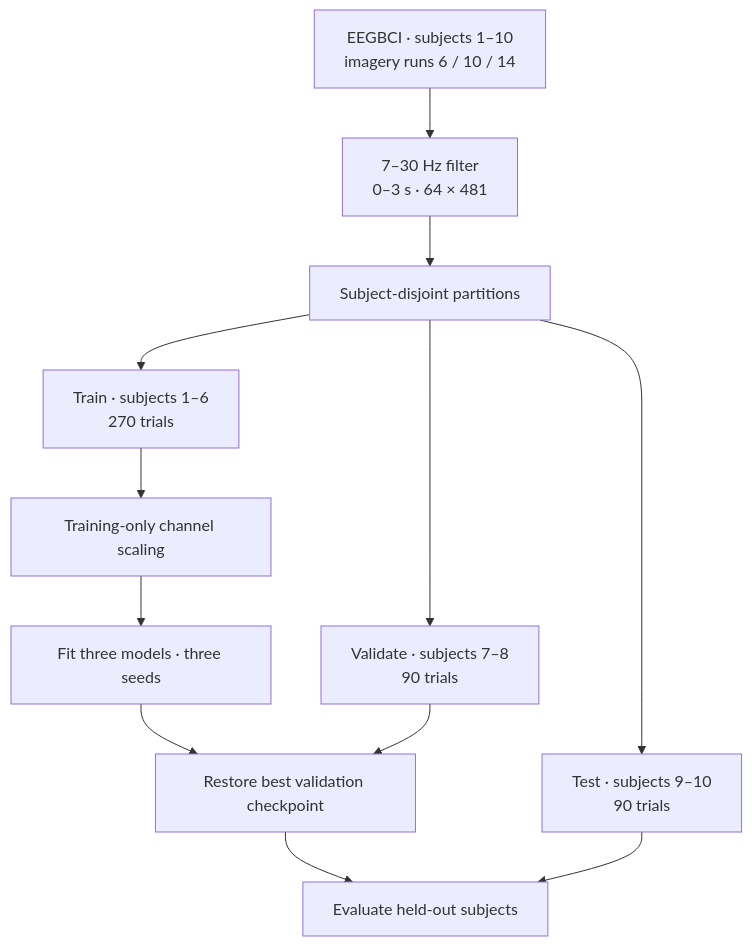
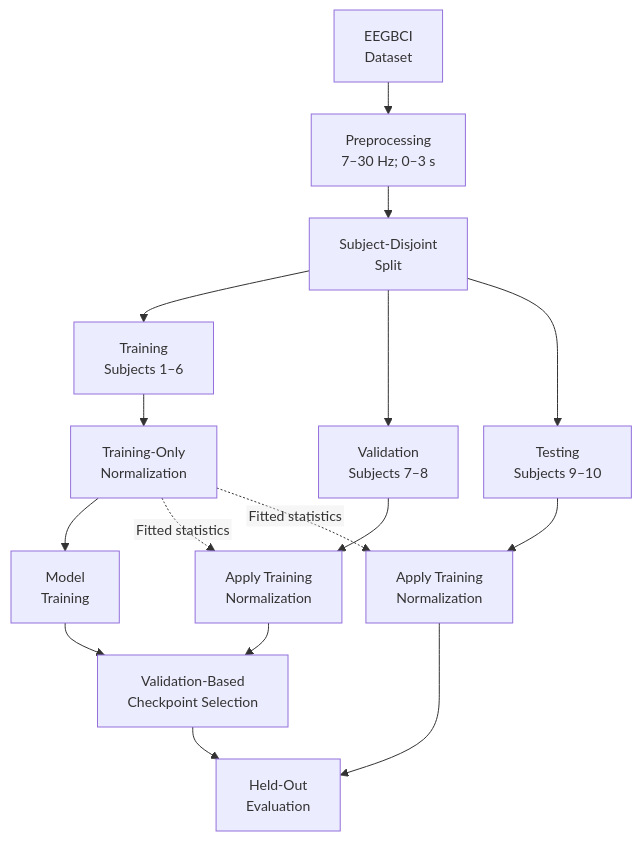
The first of 2 diagrams in README.md (Sohamgaonkhadkar/EEG-DeepLearning-BrainwaveScience), drawn with Mermaid before and after one commit. The commit also changed other lines of this file and 9 other files, not shown here.

Commit message:
docs: simplify research diagrams and standardize model display names

````diff
--- a/README.md
+++ b/README.md
@@ -84,14 +84,19 @@
 ```mermaid
-flowchart TD
-    A["EEGBCI · subjects 1–10<br/>imagery runs 6 / 10 / 14"] --> B["7–30 Hz filter<br/>0–3 s · 64 × 481"]
-    B --> C["Subject-disjoint partitions"]
-    C --> D["Train · subjects 1–6<br/>270 trials"]
-    C --> E["Validate · subjects 7–8<br/>90 trials"]
-    C --> F["Test · subjects 9–10<br/>90 trials"]
-    D --> G["Training-only channel scaling"]
-    G --> H["Fit three models · three seeds"]
-    H --> I["Restore best validation checkpoint"]
-    E --> I
-    I --> J["Evaluate held-out subjects"]
-    F --> J
+%%{init: {"flowchart": {"htmlLabels": false, "nodeSpacing": 24, "rankSpacing": 32}, "themeVariables": {"fontSize": "14px"}}}%%
+flowchart TB
+    A["EEGBCI<br/>Dataset"] --> B["Preprocessing<br/>7–30 Hz; 0–3 s"]
+    B --> C["Subject-Disjoint<br/>Split"]
+    C --> D["Training<br/>Subjects 1–6"]
+    C --> E["Validation<br/>Subjects 7–8"]
+    C --> F["Testing<br/>Subjects 9–10"]
+    D --> N["Training-Only<br/>Normalization"]
+    N --> M["Model<br/>Training"]
+    E --> V["Apply Training<br/>Normalization"]
+    F --> T["Apply Training<br/>Normalization"]
+    N -. Fitted statistics .-> V
+    N -. Fitted statistics .-> T
+    M --> S["Validation-Based<br/>Checkpoint Selection"]
+    V --> S
+    S --> H["Held-Out<br/>Evaluation"]
+    T --> H
 ```
````
